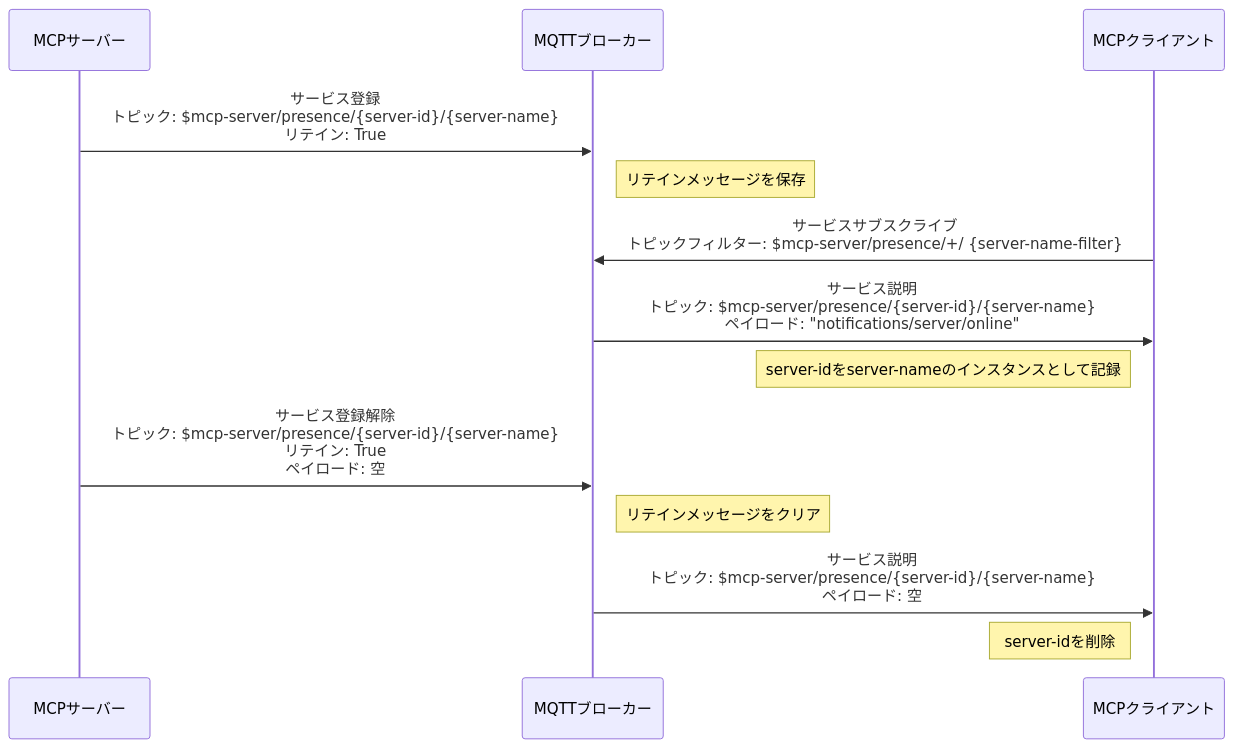
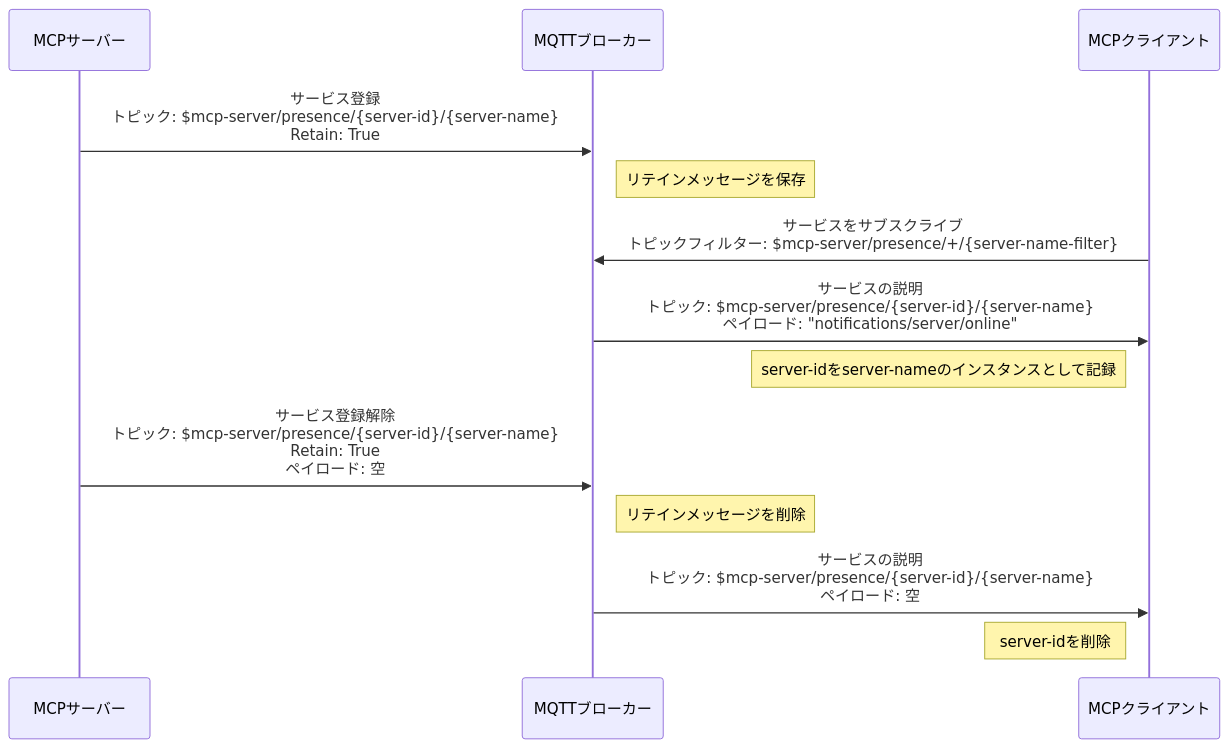
The first of 4 diagrams in ja_JP/emqx-ai/mcp-over-mqtt/specification.md (emqx/emqx-docs), drawn with Mermaid before and after one commit. The commit also changed other lines of this file and 84 other files, not shown here.

````diff
--- a/ja_JP/emqx-ai/mcp-over-mqtt/specification.md
+++ b/ja_JP/emqx-ai/mcp-over-mqtt/specification.md
@@ -211,20 +208,20 @@
 ```mermaid
 sequenceDiagram
     participant MCP_Server as MCPサーバー
     participant MQTT_Broker as MQTTブローカー
     participant MCP_Client as MCPクライアント
 
-    MCP_Server ->> MQTT_Broker: サービス登録<br/>トピック: $mcp-server/presence/{server-id}/{server-name}<br/>リテイン: True
+    MCP_Server ->> MQTT_Broker: サービス登録<br/>トピック: $mcp-server/presence/{server-id}/{server-name}<br/>Retain: True
     Note right of MQTT_Broker: リテインメッセージを保存
 
-    MCP_Client ->> MQTT_Broker: サービスサブスクライブ<br/>トピックフィルター: $mcp-server/presence/+/ {server-name-filter}
+    MCP_Client ->> MQTT_Broker: サービスをサブスクライブ<br/>トピックフィルター: $mcp-server/presence/+/{server-name-filter}
 
-    MQTT_Broker ->> MCP_Client: サービス説明<br/>トピック: $mcp-server/presence/{server-id}/{server-name}<br/>ペイロード: "notifications/server/online"
+    MQTT_Broker ->> MCP_Client: サービスの説明<br/>トピック: $mcp-server/presence/{server-id}/{server-name}<br/>ペイロード: "notifications/server/online"
     Note left of MCP_Client: server-idをserver-nameのインスタンスとして記録
 
-    MCP_Server ->> MQTT_Broker: サービス登録解除<br/>トピック: $mcp-server/presence/{server-id}/{server-name}<br/>リテイン: True<br/>ペイロード: 空
-    Note right of MQTT_Broker: リテインメッセージをクリア
+    MCP_Server ->> MQTT_Broker: サービス登録解除<br/>トピック: $mcp-server/presence/{server-id}/{server-name}<br/>Retain: True<br/>ペイロード: 空
+    Note right of MQTT_Broker: リテインメッセージを削除
 
-    MQTT_Broker ->> MCP_Client: サービス説明<br/>トピック: $mcp-server/presence/{server-id}/{server-name}<br/>ペイロード: 空
+    MQTT_Broker ->> MCP_Client: サービスの説明<br/>トピック: $mcp-server/presence/{server-id}/{server-name}<br/>ペイロード: 空
     Note left of MCP_Client: server-idを削除
 ```
````
